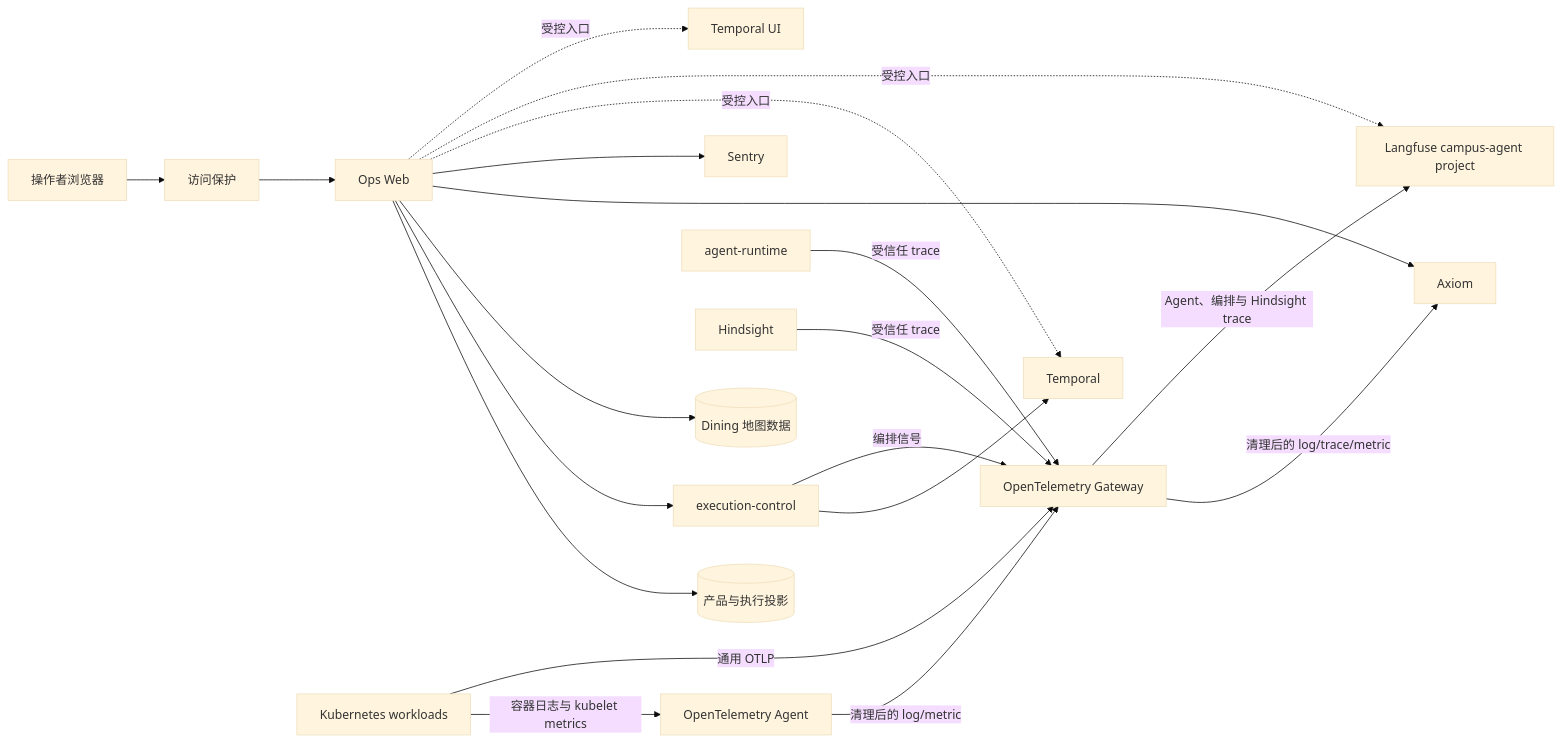
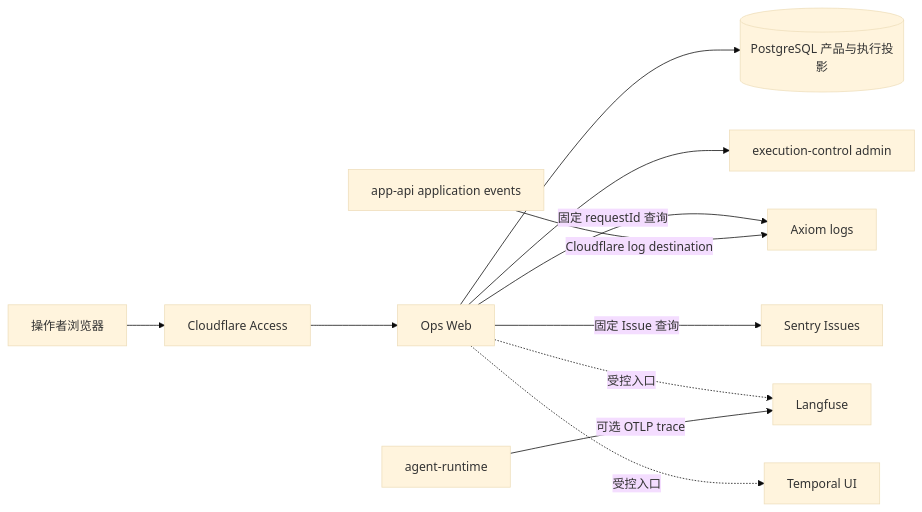
Before and after one commit to Luxfeier22331/campus-agent-main: the diagram in docs/architecture/system/ops-observability.md, drawn with Mermaid (base theme). The commit also changed other lines of this file and 293 other files, not shown here.

````diff
--- a/docs/architecture/system/ops-observability.md
+++ b/docs/architecture/system/ops-observability.md
@@ -27,39 +27,24 @@
 ```mermaid
 flowchart LR
   Browser[操作者浏览器]
-  Access[访问保护]
+  Access[Cloudflare Access]
   Ops[Ops Web]
-  Product[(产品与执行投影)]
-  Control[execution-control]
-  Dining[(Dining 地图数据)]
-  Temporal[Temporal]
-  Axiom[Axiom]
-  Sentry[Sentry]
-  Langfuse[Langfuse campus-agent project]
-  AgentCollector[OpenTelemetry Agent]
-  GatewayCollector[OpenTelemetry Gateway]
-  Runtime[Kubernetes workloads]
-  AgentRuntime[agent-runtime]
-  Hindsight[Hindsight]
-  TemporalUI[Temporal UI]
+  Product[(PostgreSQL 产品与执行投影)]
+  Control[execution-control admin]
+  App[app-api application events]
+  Axiom[Axiom logs]
+  Sentry[Sentry Issues]
+  Agent[agent-runtime]
+  Langfuse[Langfuse]
+  Temporal[Temporal UI]
 
   Browser --> Access --> Ops
   Ops --> Product
   Ops --> Control
-  Ops --> Dining
-  Ops --> Axiom
-  Ops --> Sentry
-  Ops -. 受控入口 .-> Temporal
-  Ops -. 受控入口 .-> Langfuse
-  Ops -. 受控入口 .-> TemporalUI
-
-  Control --> Temporal
-  Runtime -->|容器日志与 kubelet metrics| AgentCollector
-  AgentCollector -->|清理后的 log/metric| GatewayCollector
-  Runtime -->|通用 OTLP| GatewayCollector
-  Control -->|编排信号| GatewayCollector
-  AgentRuntime -->|受信任 trace| GatewayCollector
-  Hindsight -->|受信任 trace| GatewayCollector
-  GatewayCollector -->|清理后的 log/trace/metric| Axiom
-  GatewayCollector -->|Agent、编排与 Hindsight trace| Langfuse
+  Ops -->|固定 requestId 查询| Axiom
+  Ops -->|固定 Issue 查询| Sentry
+  Ops -.受控入口.-> Langfuse
+  Ops -.受控入口.-> Temporal
+  App -->|Cloudflare log destination| Axiom
+  Agent -->|可选 OTLP trace| Langfuse
 ```
````
